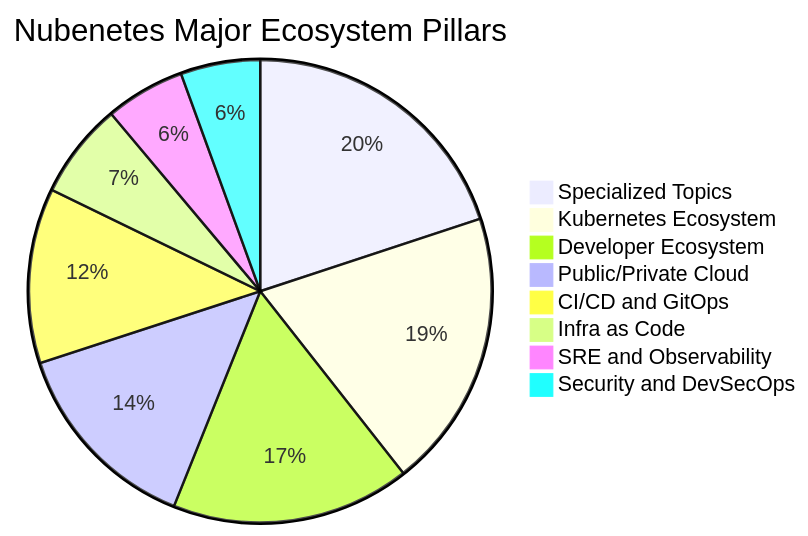
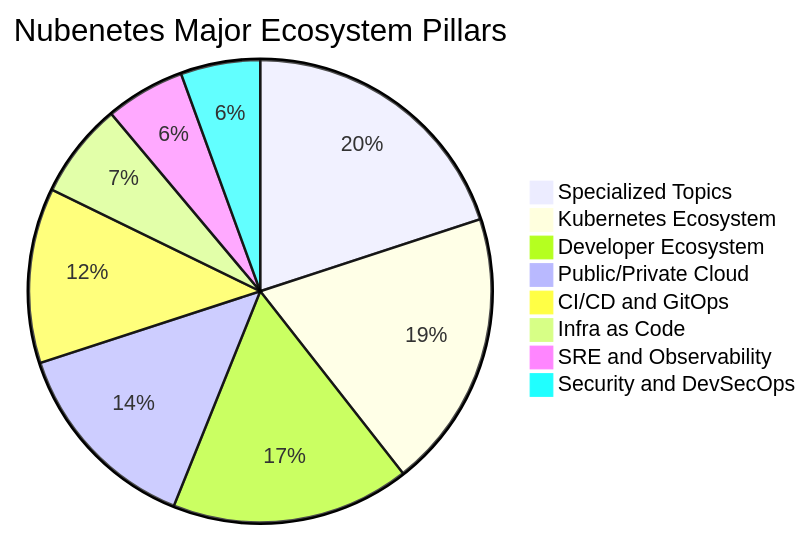
Before and after one commit to sec-js/awesome-kubernetes: the second of 10 diagrams in README.md, drawn with Mermaid. The commit also changed other lines of this file, not shown here.

````diff
--- a/README.md
+++ b/README.md
@@ -218,11 +218,11 @@
 ```mermaid
 pie title Nubenetes Major Ecosystem Pillars
-    "Specialized Topics" : 3586
+    "Specialized Topics" : 3592
     "Kubernetes Ecosystem" : 3500
     "Developer Ecosystem" : 3000
     "Public/Private Cloud" : 2500
     "CI/CD and GitOps" : 2200
     "Infra as Code" : 1200
     "SRE and Observability" : 1000
     "Security and DevSecOps" : 1000
 ```
````
